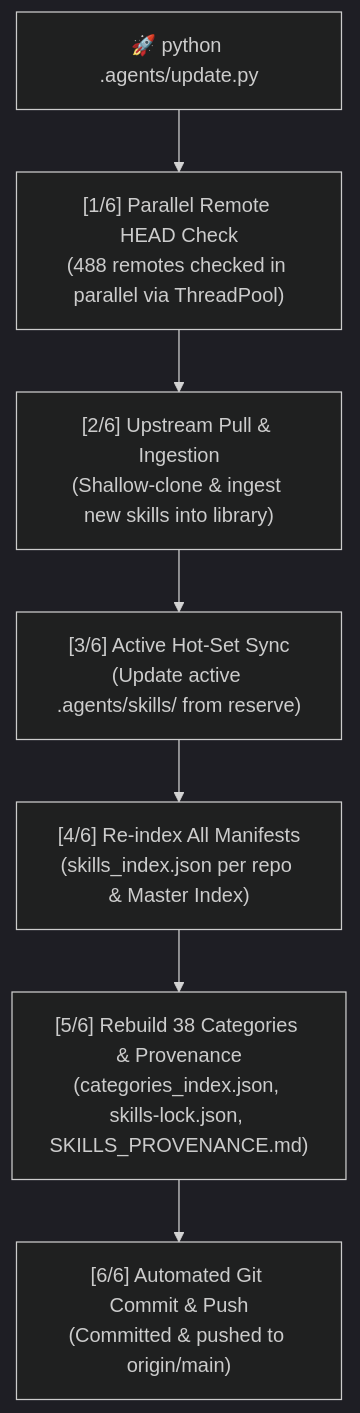
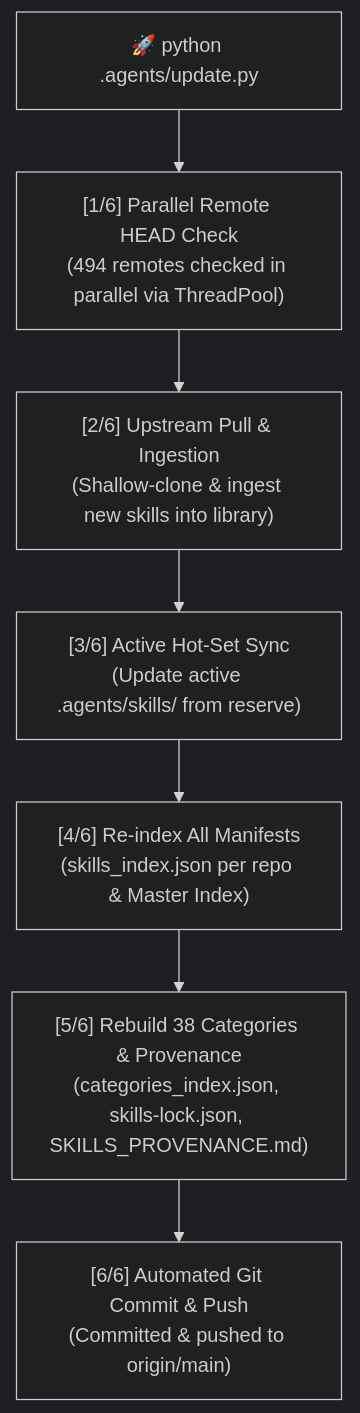
Before and after one commit to SeaXen/agentskills: the diagram in README.md, drawn with Mermaid (dark theme). The commit also changed other lines of this file and 6663 other files, not shown here.

````diff
--- a/README.md
+++ b/README.md
@@ -155,9 +155,9 @@
 ```mermaid
 flowchart TD
-    A["🚀 python .agents/update.py"] --> B["[1/6] Parallel Remote HEAD Check<br/>(488 remotes checked in parallel via ThreadPool)"]
+    A["🚀 python .agents/update.py"] --> B["[1/6] Parallel Remote HEAD Check<br/>(494 remotes checked in parallel via ThreadPool)"]
     B --> C["[2/6] Upstream Pull & Ingestion<br/>(Shallow-clone & ingest new skills into library)"]
     C --> D["[3/6] Active Hot-Set Sync<br/>(Update active .agents/skills/ from reserve)"]
     D --> E["[4/6] Re-index All Manifests<br/>(skills_index.json per repo & Master Index)"]
     E --> F["[5/6] Rebuild 38 Categories & Provenance<br/>(categories_index.json, skills-lock.json, SKILLS_PROVENANCE.md)"]
     F --> G["[6/6] Automated Git Commit & Push<br/>(Committed & pushed to origin/main)"]
 ```
````
